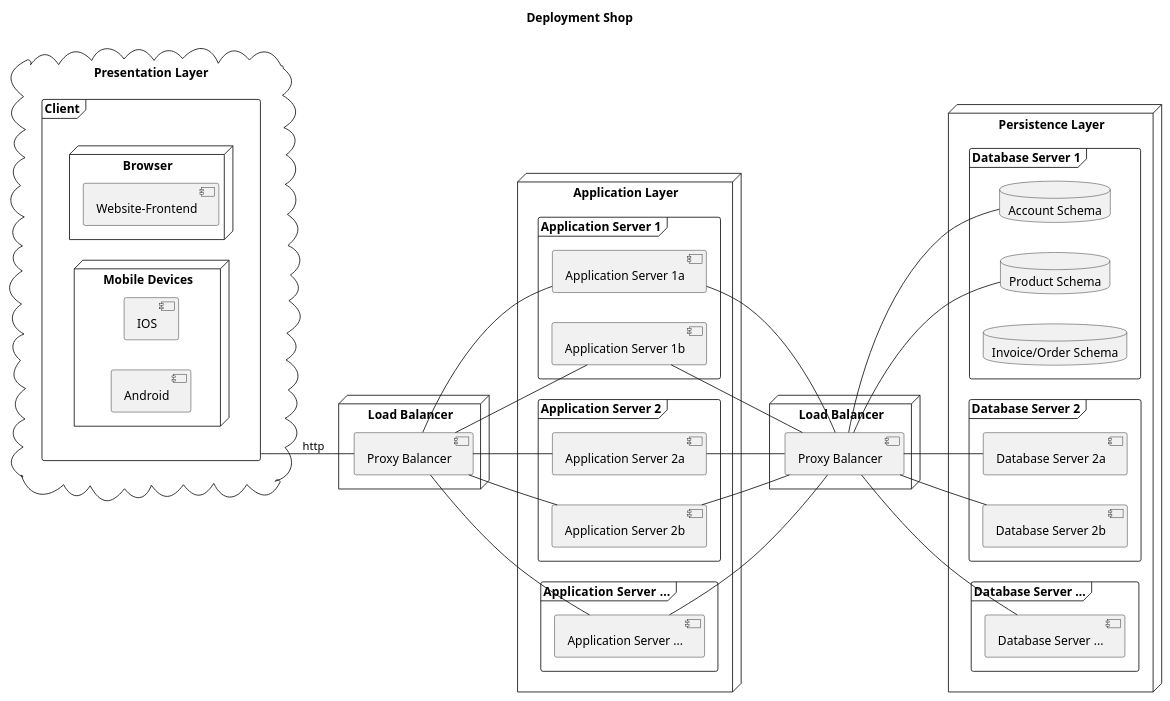
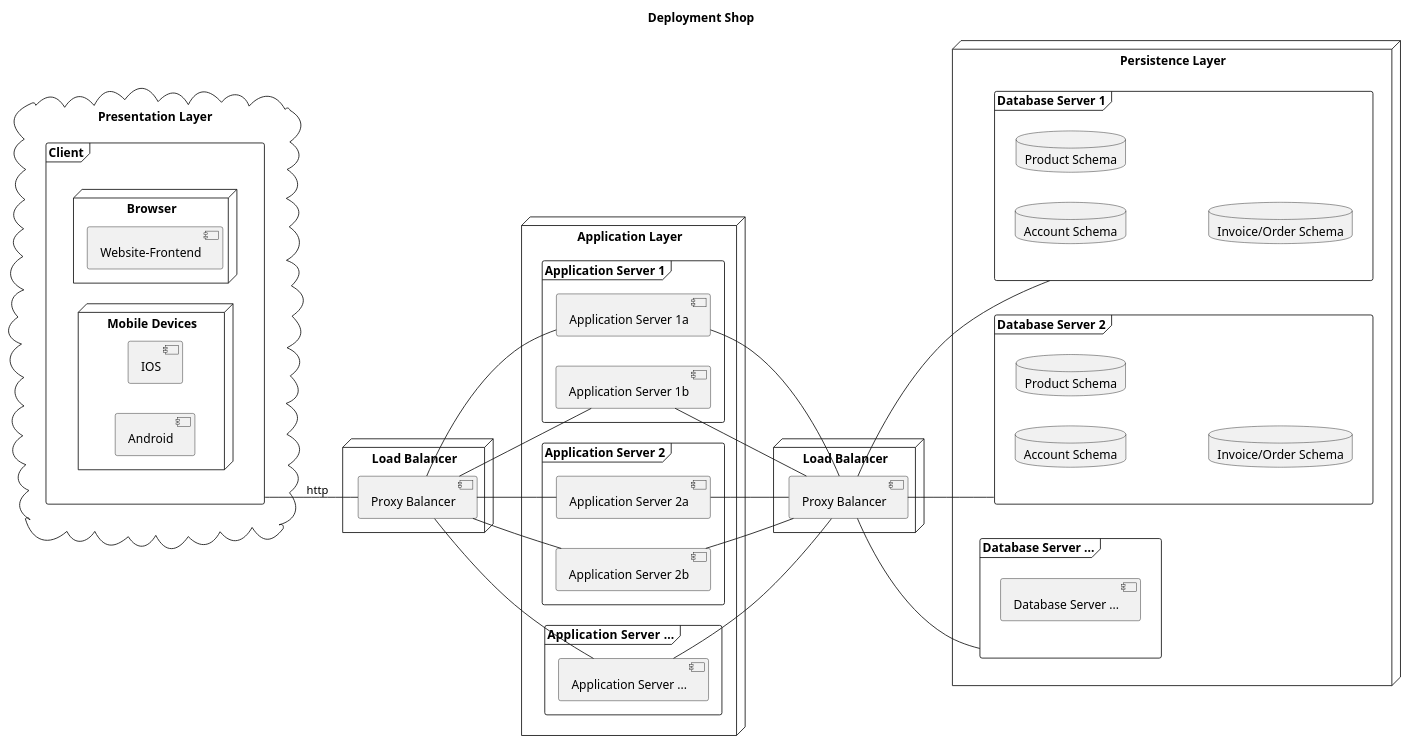
One commit to MatthiasHertel/softwaretechnik changed the diagram in 05_uml-unified_modeling_language/03_project_shop/03_deployment/deployment_shop.pu. Above: the diagram before and after it, drawn with PlantUML.

Commit message:
zwischenstand

```diff
--- a/05_uml-unified_modeling_language/03_project_shop/03_deployment/deployment_shop.pu
+++ b/05_uml-unified_modeling_language/03_project_shop/03_deployment/deployment_shop.pu
@@ -1,100 +1,108 @@
 @startuml
 title Deployment Shop
 left to right direction
 cloud "Presentation Layer" as pl {
   frame "Client" as pl_client {
     node "Browser" as web {
       [Website-Frontend]
     }
     node "Mobile Devices" as app {
       [IOS]
       [Android]
     }
   }
 }
 
 node "Load Balancer" as lb_front {
   [Proxy Balancer] as lb_front1
 }
 
 node "Application Layer" as al {
   frame "Application Server 1" as as1 {
     [Application Server 1a] as as_1a
     [Application Server 1b] as as_1b
   }
   frame "Application Server 2" as as2 {
     [Application Server 2a] as as_2a
     [Application Server 2b] as as_2b
   }
   frame "Application Server  ..." as "as..." {
     [Application Server ...] as as_...
   }
 }
 
 node "Load Balancer" as lb_back {
   [Proxy Balancer] as lb_back1
 }
 
 node "Persistence Layer" as dbl {
-  frame "Database Server 1" {
+  frame "Database Server 1" as db_1 {
     database "Account Schema" as db_1a
     database "Product Schema" as db_1b
     database "Invoice/Order Schema" as db_1c
 
   }
-  frame "Database Server 2" {
-    [Database Server 2a] as db_2a
-    [Database Server 2b] as db_2b
+  frame "Database Server 2" as db_2 {
+    database "Account Schema" as db_2a
+    database "Product Schema" as db_2b
+    database "Invoice/Order Schema" as db_2c
+
   }
-  frame "Database Server ..." {
-    [Database Server ...] as db_...
+  frame "Database Server ..." as db_x {
+    [Database Server ...] as db_xx
   }
 }
 
 /'assoziationen'/
 pl_client -- lb_front1 :http
 
 lb_front1 -- as_1a
 lb_front1 -- as_1b
 lb_front1 -- as_2a
 lb_front1 -- as_2b
 lb_front1 -- as_...
 
 as_1a -- lb_back1
 as_1b -- lb_back1
 as_2a -- lb_back1
 as_2b -- lb_back1
 as_... -- lb_back1
 
-lb_back1 -- db_1a
+/'lb_back1 -- db_1a
 lb_back1 -- db_1b
+lb_back1 -- db_1c
 lb_back1 -- db_2a
 lb_back1 -- db_2b
-lb_back1 -- db_...
+lb_back1 -- db_2c
+lb_back1 -- db_x'/
+
+lb_back1 -- db_1
+lb_back1 -- db_2
+lb_back1 -- db_x
 
 
 /'skinparam componentStyle uml2
 package "Some Group" {
   interface HTTP as httpEndpoint
   [First Component]
   [Another Component]
 }
 node "Other Groups" {
   FTP - [Second Component]
 }
 cloud {
   [Example 1]
 }
 database "MySql" {
   folder "This is my folder" {
     [Folder 3]
   }
   frame "Foo" {
     [Frame 4]
   }
 }
 httpEndpoint - [First Component]
 [First Component] --> FTP
 [Another Component] --> [Example 1]
 [Example 1] --> [Folder 3]'/
 @enduml
```
